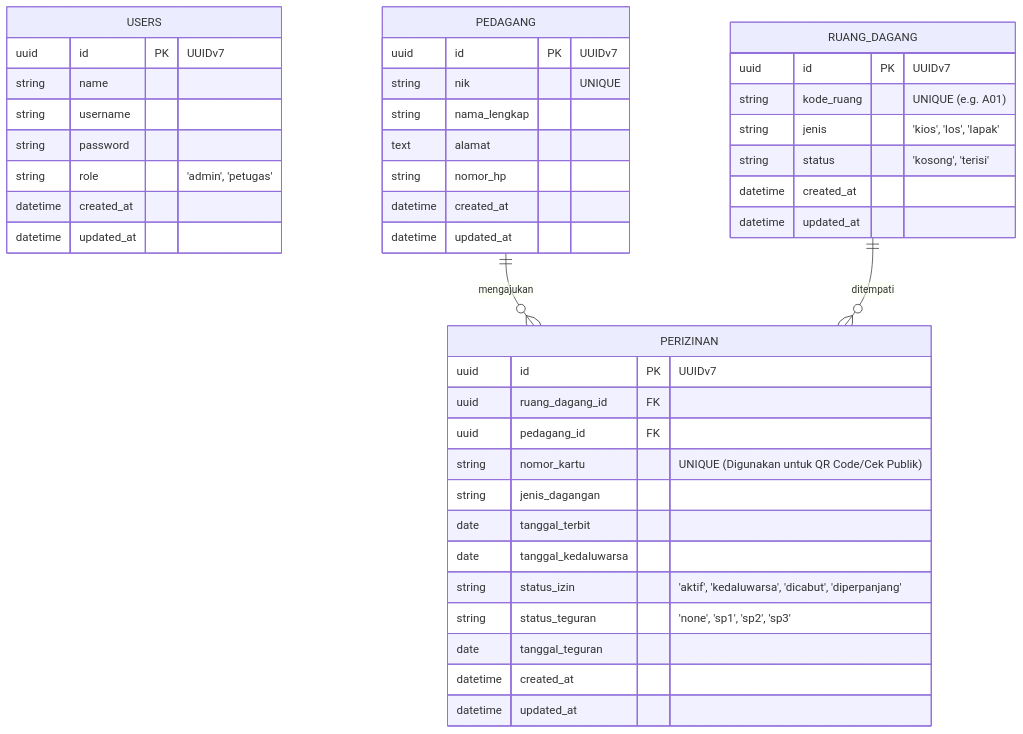
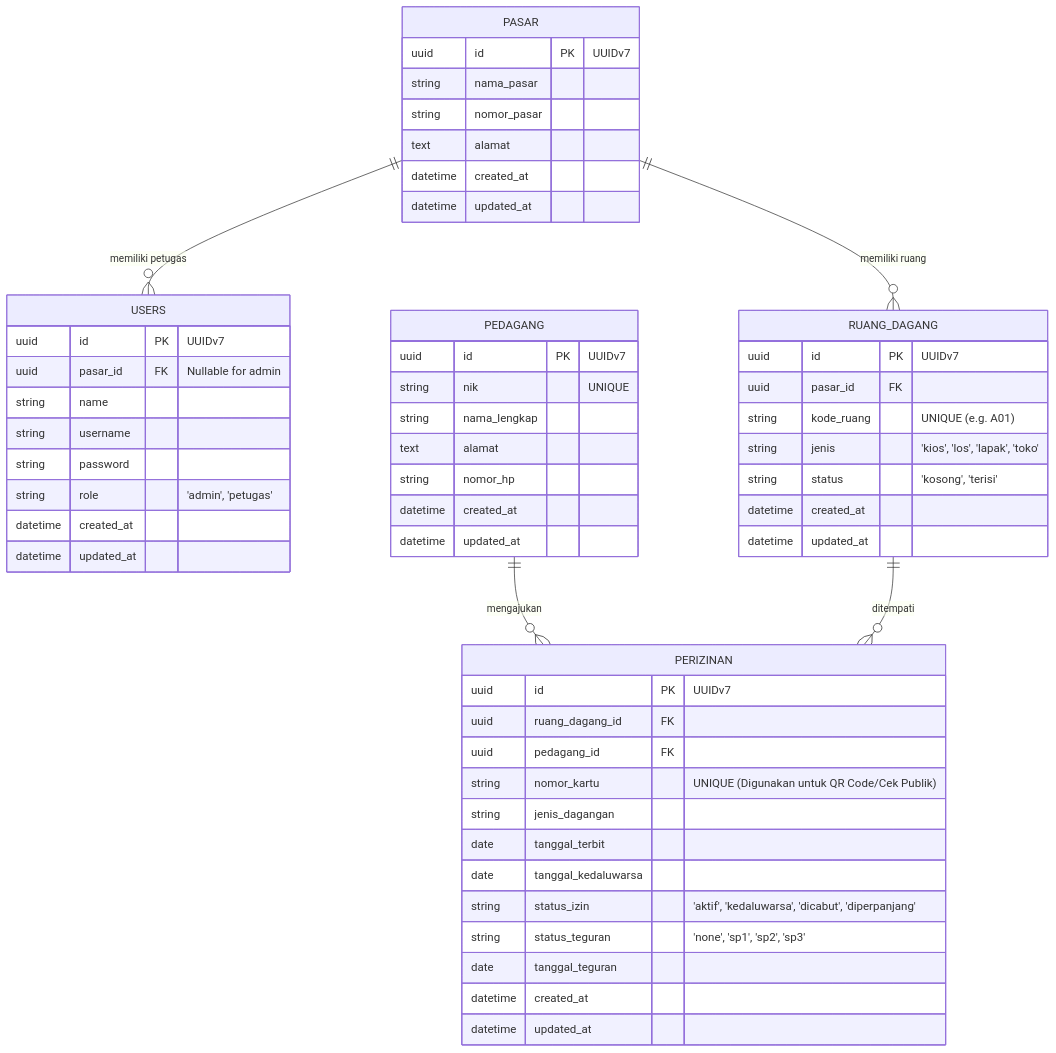
The diagram in docs/database-schema.md (arnevinrenataa3-spec/SIMPASAR), drawn with Mermaid before and after one commit. The commit also changed other lines of this file and 18 other files, not shown here.

````diff
--- a/docs/database-schema.md
+++ b/docs/database-schema.md
@@ -7,49 +7,62 @@
 ```mermaid
 erDiagram
     USERS {
         uuid id PK "UUIDv7"
+        uuid pasar_id FK "Nullable for admin"
         string name
         string username
         string password
         string role "'admin', 'petugas'"
         datetime created_at
         datetime updated_at
     }
 
     PEDAGANG {
         uuid id PK "UUIDv7"
         string nik "UNIQUE"
         string nama_lengkap
         text alamat
         string nomor_hp
         datetime created_at
         datetime updated_at
     }
 
+    PASAR {
+        uuid id PK "UUIDv7"
+        string nama_pasar
+        string nomor_pasar
+        text alamat
+        datetime created_at
+        datetime updated_at
+    }
+
     RUANG_DAGANG {
         uuid id PK "UUIDv7"
+        uuid pasar_id FK
         string kode_ruang "UNIQUE (e.g. A01)"
-        string jenis "'kios', 'los', 'lapak'"
+        string jenis "'kios', 'los', 'lapak', 'toko'"
         string status "'kosong', 'terisi'"
         datetime created_at
         datetime updated_at
     }
 
     PERIZINAN {
         uuid id PK "UUIDv7"
         uuid ruang_dagang_id FK
         uuid pedagang_id FK
         string nomor_kartu "UNIQUE (Digunakan untuk QR Code/Cek Publik)"
         string jenis_dagangan
         date tanggal_terbit
         date tanggal_kedaluwarsa
         string status_izin "'aktif', 'kedaluwarsa', 'dicabut', 'diperpanjang'"
         string status_teguran "'none', 'sp1', 'sp2', 'sp3'"
         date tanggal_teguran
         datetime created_at
         datetime updated_at
     }
 
+    PASAR ||--o{ USERS : "memiliki petugas"
+    PASAR ||--o{ RUANG_DAGANG : "memiliki ruang"
     PEDAGANG ||--o{ PERIZINAN : "mengajukan"
     RUANG_DAGANG ||--o{ PERIZINAN : "ditempati"
 ```
````
